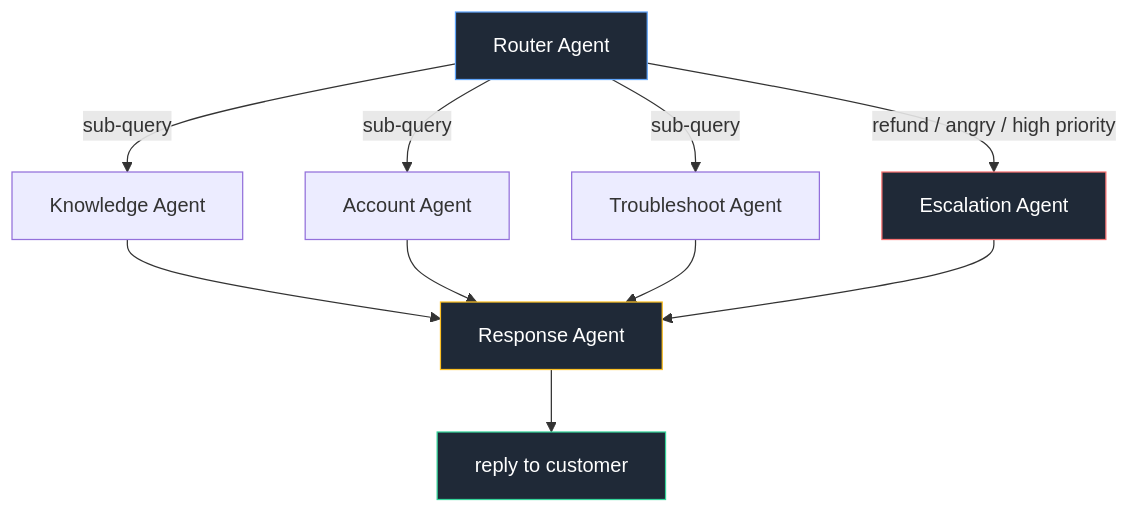
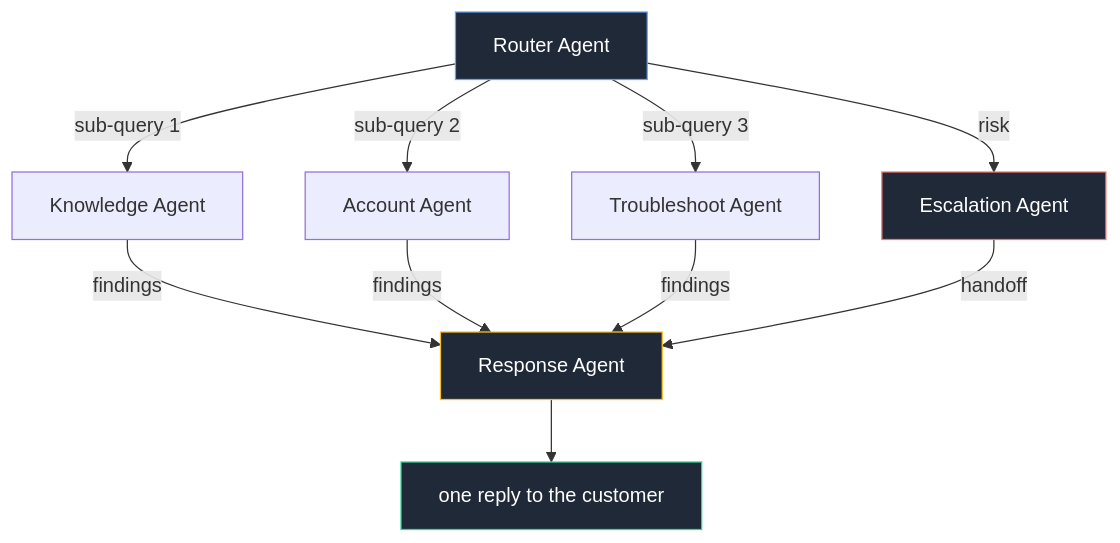
One commit to RajkumarDake/support-agents changed the diagram in README.md. Above: the diagram before and after it, drawn with Mermaid. The commit also changed other lines of this file and 3 other files, not shown here.

Commit message:
response agent is the terminal, readme explains the collect step

````diff
--- a/README.md
+++ b/README.md
@@ -11,19 +12,19 @@
 ```mermaid
 flowchart TD
-    A[Router Agent] -->|sub-query| B[Knowledge Agent]
-    A -->|sub-query| C[Account Agent]
-    A -->|sub-query| D[Troubleshoot Agent]
-    A -->|refund / angry / high priority| E[Escalation Agent]
+    A[Router Agent] -->|sub-query 1| B[Knowledge Agent]
+    A -->|sub-query 2| C[Account Agent]
+    A -->|sub-query 3| D[Troubleshoot Agent]
+    A -->|risk| E[Escalation Agent]
 
-    B --> F[Response Agent]
-    C --> F
-    D --> F
-    E --> F
+    B -->|findings| F[Response Agent]
+    C -->|findings| F
+    D -->|findings| F
+    E -->|handoff| F
 
-    F --> G[reply to customer]
+    F --> G[one reply to the customer]
 
     style A fill:#1f2937,stroke:#60a5fa,color:#fff
     style E fill:#1f2937,stroke:#f87171,color:#fff
     style F fill:#1f2937,stroke:#fbbf24,color:#fff
     style G fill:#1f2937,stroke:#34d399,color:#fff
 ```
````
